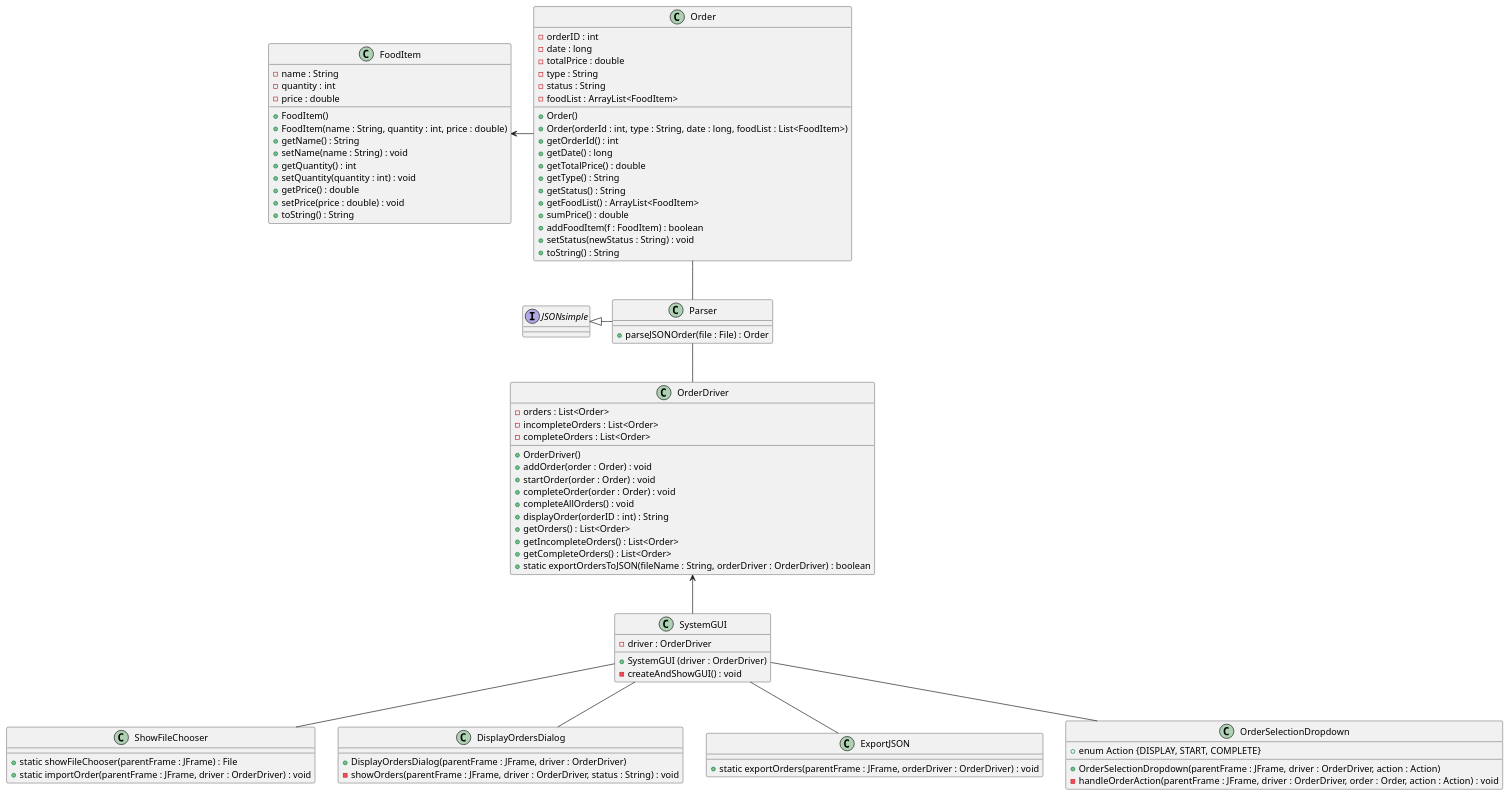
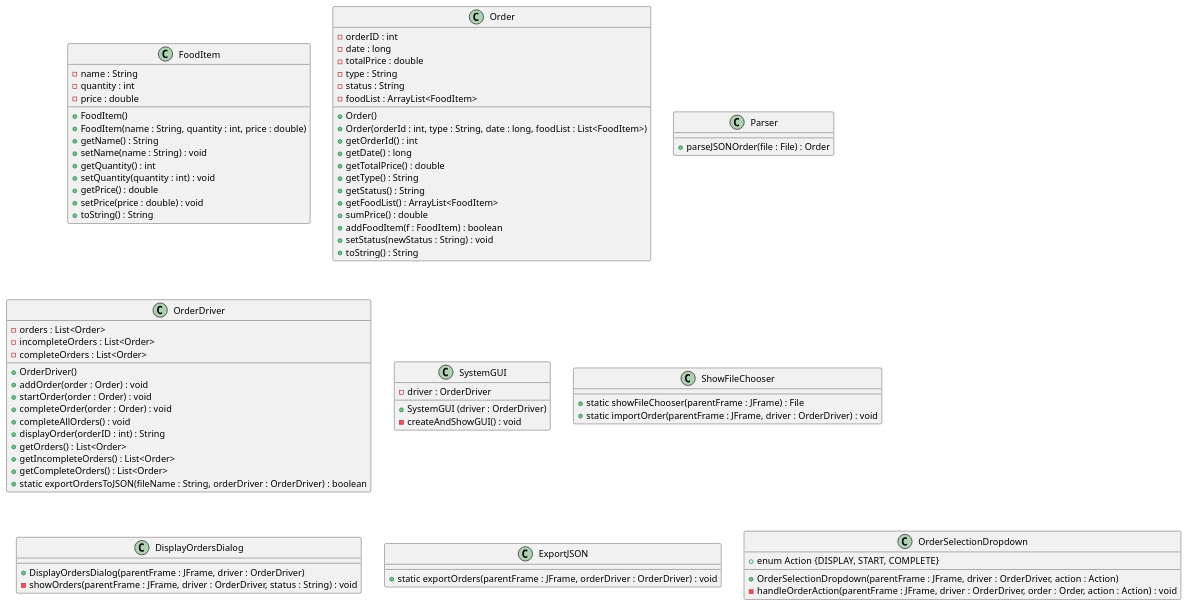
The diagram in code/src/main/java/Design/ClassUMLDiagram.puml (aidanmahl/372GroupProject), drawn with PlantUML before and after one commit.

```diff
--- a/code/src/main/java/Design/ClassUMLDiagram.puml
+++ b/code/src/main/java/Design/ClassUMLDiagram.puml
@@ -1,114 +1,116 @@
 @startuml
 'https://plantuml.com/class-diagram
 
-class Parser
-class FoodItem
-class Order
-class OrderDriver
+'class Parser
+'class FoodItem
+'class Order
+'class OrderDriver
+'
+'class SystemGUI
+'class ShowFileChooser
+'class DisplayOrdersDialog
+'class ExportJSON
+'class OrderSelectionDropdown
 
-class SystemGUI
-class ShowFileChooser
-class DisplayOrdersDialog
-class ExportJSON
-class OrderSelectionDropdown
-
-interface JSONsimple
-
-
-JSONsimple <|- Parser
-Order -- Parser
-FoodItem <- Order
-Parser -- OrderDriver
-
-OrderDriver <-- SystemGUI
-
-SystemGUI -- ShowFileChooser
-SystemGUI -- DisplayOrdersDialog
-SystemGUI -- ExportJSON
-SystemGUI -- OrderSelectionDropdown
+'interface JSONsimple
+'
+'
+'JSONsimple <|- Parser
+'Order -- Parser
+'FoodItem <- Order
+'Parser -- OrderDriver
+'
+'OrderDriver <-- SystemGUI
+'
+'SystemGUI -- ShowFileChooser
+'SystemGUI -- DisplayOrdersDialog
+'SystemGUI -- ExportJSON
+'SystemGUI -- OrderSelectionDropdown
 
 class FoodItem {
 - name : String
 - quantity : int
 - price : double
 
 + FoodItem()
 + FoodItem(name : String, quantity : int, price : double)
 + getName() : String
 + setName(name : String) : void
 + getQuantity() : int
 + setQuantity(quantity : int) : void
 + getPrice() : double
 + setPrice(price : double) : void
 + toString() : String
 }
 
 class Order {
 - orderID : int
 - date : long
 - totalPrice : double
 - type : String
 - status : String
 - foodList : ArrayList<FoodItem>
 
 + Order()
 + Order(orderId : int, type : String, date : long, foodList : List<FoodItem>)
 + getOrderId() : int
 + getDate() : long
 + getTotalPrice() : double
 + getType() : String
 + getStatus() : String
 + getFoodList() : ArrayList<FoodItem>
 + sumPrice() : double
 + addFoodItem(f : FoodItem) : boolean
 + setStatus(newStatus : String) : void
 + toString() : String
 }
 
 class Parser {
 + parseJSONOrder(file : File) : Order
 }
 
 class OrderDriver {
 - orders : List<Order>
 - incompleteOrders : List<Order>
 - completeOrders : List<Order>
 
 + OrderDriver()
 + addOrder(order : Order) : void
 + startOrder(order : Order) : void
 + completeOrder(order : Order) : void
 + completeAllOrders() : void
 + displayOrder(orderID : int) : String
 + getOrders() : List<Order>
 + getIncompleteOrders() : List<Order>
 + getCompleteOrders() : List<Order>
 + static exportOrdersToJSON(fileName : String, orderDriver : OrderDriver) : boolean
 }
 
 class SystemGUI {
 - driver : OrderDriver
 + SystemGUI (driver : OrderDriver)
 - createAndShowGUI() : void
 }
 
 class ShowFileChooser {
 + static showFileChooser(parentFrame : JFrame) : File
 + static importOrder(parentFrame : JFrame, driver : OrderDriver) : void
 }
 
 class DisplayOrdersDialog{
 + DisplayOrdersDialog(parentFrame : JFrame, driver : OrderDriver)
 - showOrders(parentFrame : JFrame, driver : OrderDriver, status : String) : void
 }
 
 class ExportJSON{
 + static exportOrders(parentFrame : JFrame, orderDriver : OrderDriver) : void
 }
 
 class OrderSelectionDropdown{
 + OrderSelectionDropdown(parentFrame : JFrame, driver : OrderDriver, action : Action)
 - handleOrderAction(parentFrame : JFrame, driver : OrderDriver, order : Order, action : Action) : void
 + enum Action {DISPLAY, START, COMPLETE}
 }
+
+' Relationships
 @enduml
```
